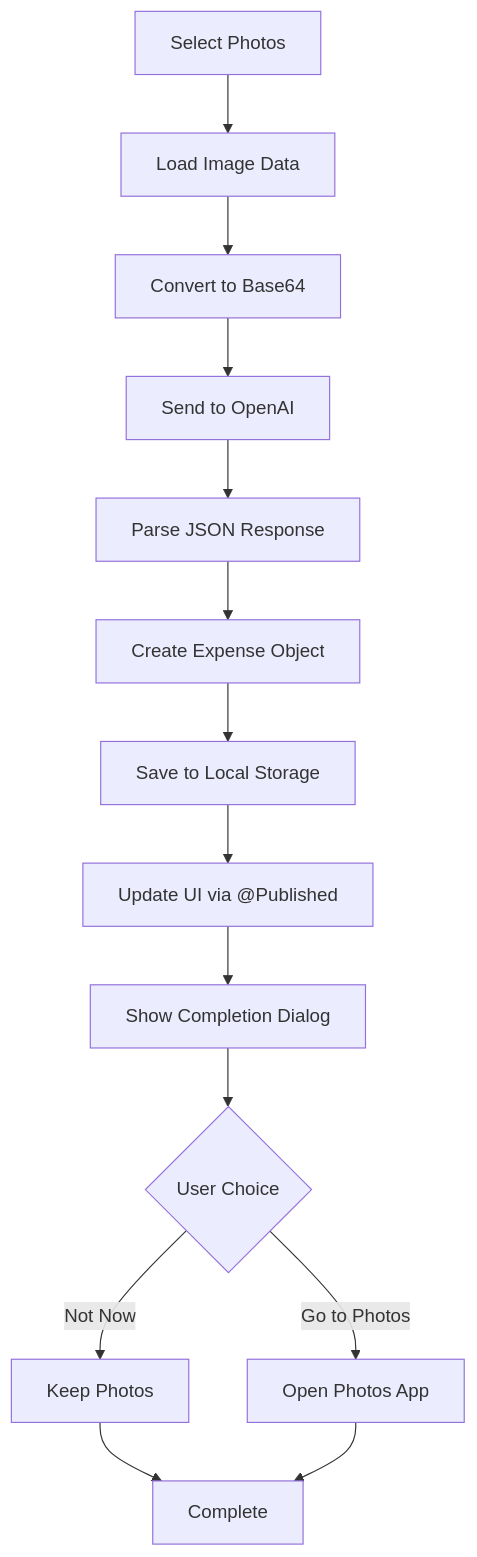
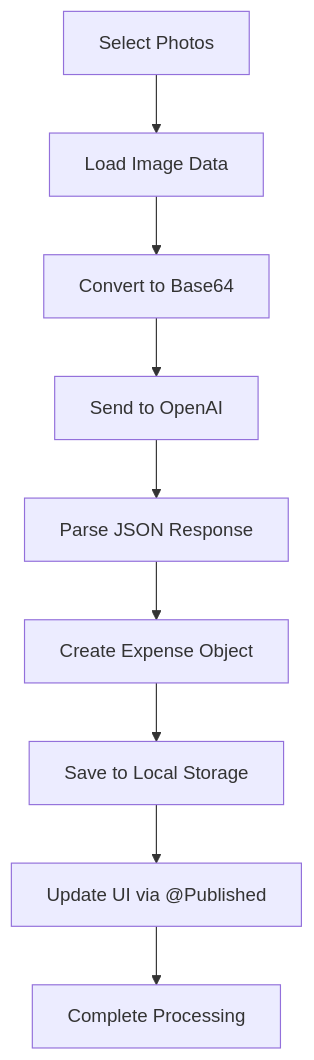
One commit to arpithpm/expense-manager changed the second of 3 diagrams in DOCUMENTATION.md. Above: the diagram before and after it, drawn with Mermaid. The commit also changed other lines of this file, not shown here.

First line of the commit message:
Update documentation to reflect removal of photo deletion dialog

````diff
--- a/DOCUMENTATION.md
+++ b/DOCUMENTATION.md
@@ -484,16 +475,11 @@
 ```mermaid
 graph TD
     A[Select Photos] --> B[Load Image Data]
     B --> C[Convert to Base64]
     C --> D[Send to OpenAI]
     D --> E[Parse JSON Response]
     E --> F[Create Expense Object]
     F --> G[Save to Local Storage]
     G --> H[Update UI via @Published]
-    H --> I[Show Completion Dialog]
-    I --> J{User Choice}
-    J -->|Not Now| K[Keep Photos]
-    J -->|Go to Photos| L[Open Photos App]
-    K --> M[Complete]
-    L --> M
+    H --> I[Complete Processing]
 ```
````
